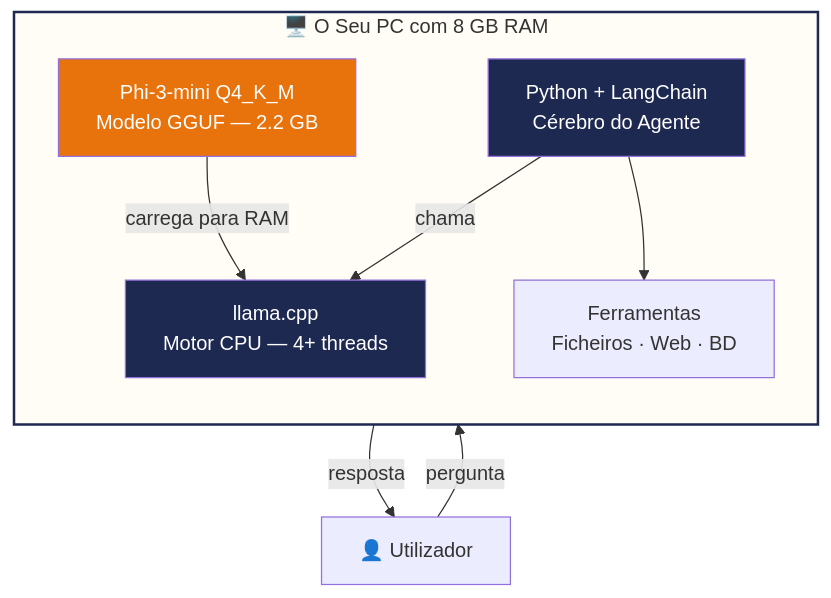
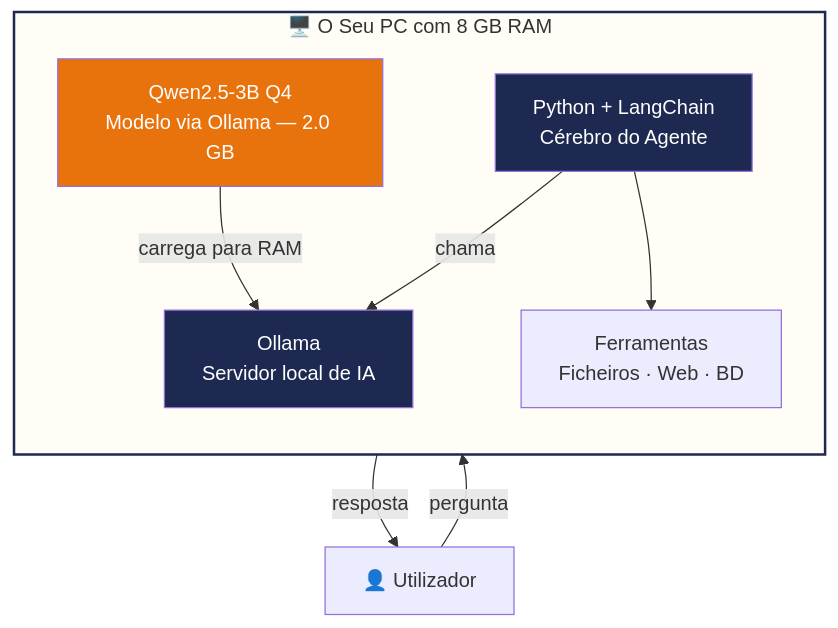
The second of 2 diagrams in docs/03-limitacoes-hardware.md (icpmtech/empresaiq-ebook), drawn with Mermaid before and after one commit. The commit also changed other lines of this file and 11 other files, not shown here.

````diff
--- a/docs/03-limitacoes-hardware.md
+++ b/docs/03-limitacoes-hardware.md
@@ -111,22 +114,22 @@
 ```mermaid
 graph TD
     subgraph PC["🖥️ O Seu PC com 8 GB RAM"]
         direction TB
-        M["Phi-3-mini Q4_K_M\nModelo GGUF — 2.2 GB"]
-        LC["llama.cpp\nMotor CPU — 4+ threads"]
+        M["Qwen2.5-3B Q4\nModelo via Ollama — 2.0 GB"]
+        LC["Ollama\nServidor local de IA"]
         PY["Python + LangChain\nCérebro do Agente"]
         T["Ferramentas\nFicheiros · Web · BD"]
 
         M -->|carrega para RAM| LC
         PY -->|chama| LC
         PY --> T
     end
 
     U["👤 Utilizador"] -->|pergunta| PY
     PY -->|resposta| U
 
     style PC fill:#FFFDF5,stroke:#1D2951,stroke-width:2px
     style M fill:#E8720C,color:#fff
     style LC fill:#1D2951,color:#fff
     style PY fill:#1D2951,color:#fff
 ```
````
